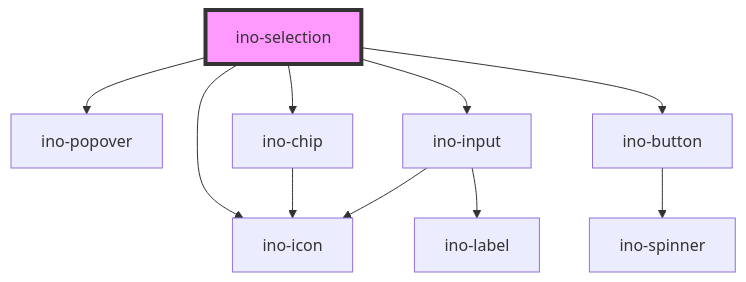
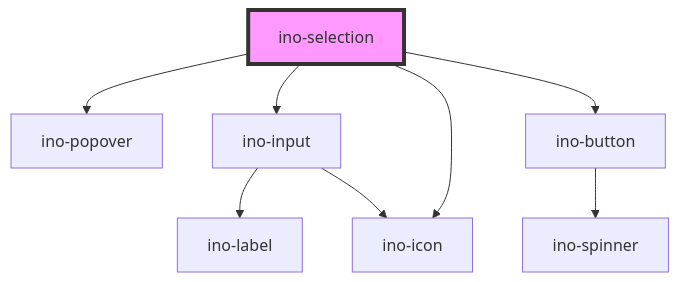
The diagram in packages/elements/src/components/ino-selection/readme.md (inovex/elements), drawn with Mermaid before and after one commit. The commit also changed other lines of this file and 5 other files, not shown here.

Commit message:
refactor(elements): ino-selection trigger slot - add slot for custom popover trigger - alter playground to use a chip as trigger - add placement to playground - center align playground

````diff
--- a/packages/elements/src/components/ino-selection/readme.md
+++ b/packages/elements/src/components/ino-selection/readme.md
@@ -54,13 +53,11 @@
 ```mermaid
 graph TD;
   ino-selection --> ino-popover
-  ino-selection --> ino-chip
   ino-selection --> ino-input
   ino-selection --> ino-icon
   ino-selection --> ino-button
-  ino-chip --> ino-icon
   ino-input --> ino-label
   ino-input --> ino-icon
   ino-button --> ino-spinner
   style ino-selection fill:#f9f,stroke:#333,stroke-width:4px
 ```
````
